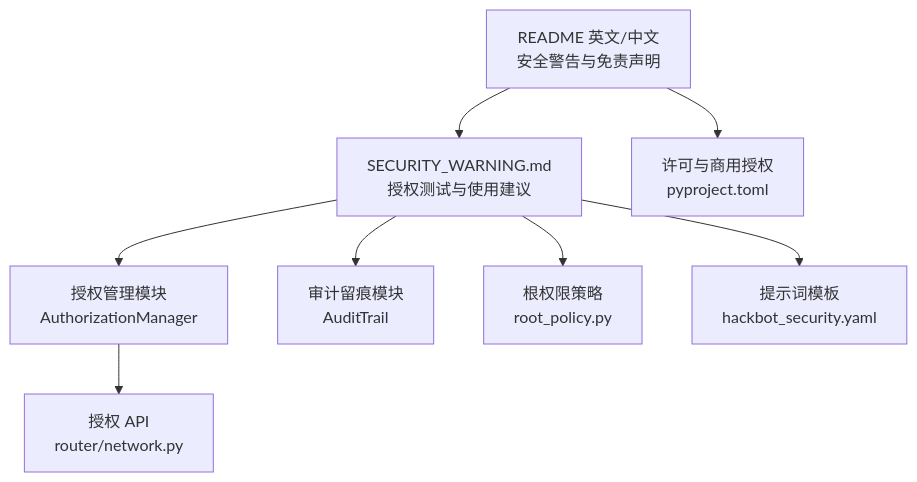
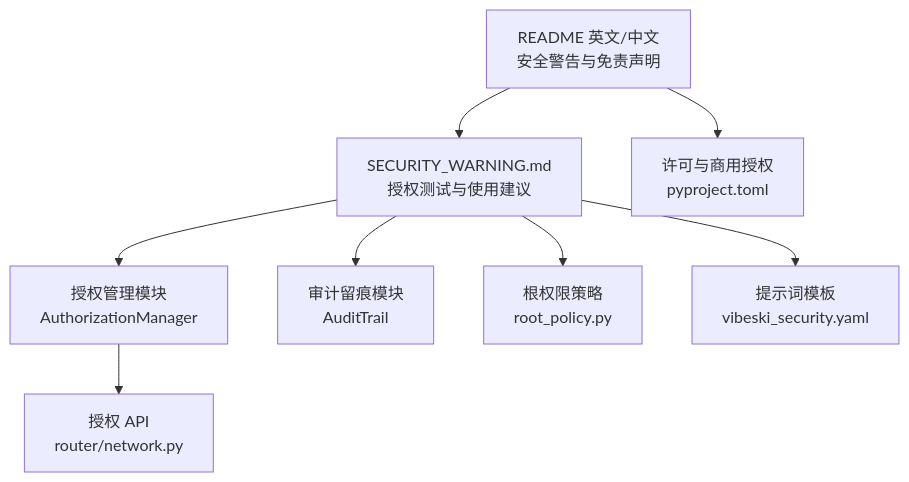
Before and after one commit to crabin/VIBESKI: the first of 6 diagrams in .qoder/repowiki/zh/content/项目概述/法律合规与安全警告.md, drawn with Mermaid. The commit also changed other lines of this file and 170 other files, not shown here.

Commit message:
chore: rename all secbot/hackbot identifiers to vibeski

````diff
--- a/.qoder/repowiki/zh/content/项目概述/法律合规与安全警告.md
+++ b/.qoder/repowiki/zh/content/项目概述/法律合规与安全警告.md
@@ -40,10 +40,10 @@
 ```mermaid
 graph TB
 A["README 英文/中文<br/>安全警告与免责声明"] --> B["SECURITY_WARNING.md<br/>授权测试与使用建议"]
 B --> C["授权管理模块<br/>AuthorizationManager"]
 C --> D["授权 API<br/>router/network.py"]
 B --> E["审计留痕模块<br/>AuditTrail"]
 B --> F["根权限策略<br/>root_policy.py"]
-B --> G["提示词模板<br/>hackbot_security.yaml"]
+B --> G["提示词模板<br/>vibeski_security.yaml"]
 A --> H["许可与商用授权<br/>pyproject.toml"]
 ```
````
